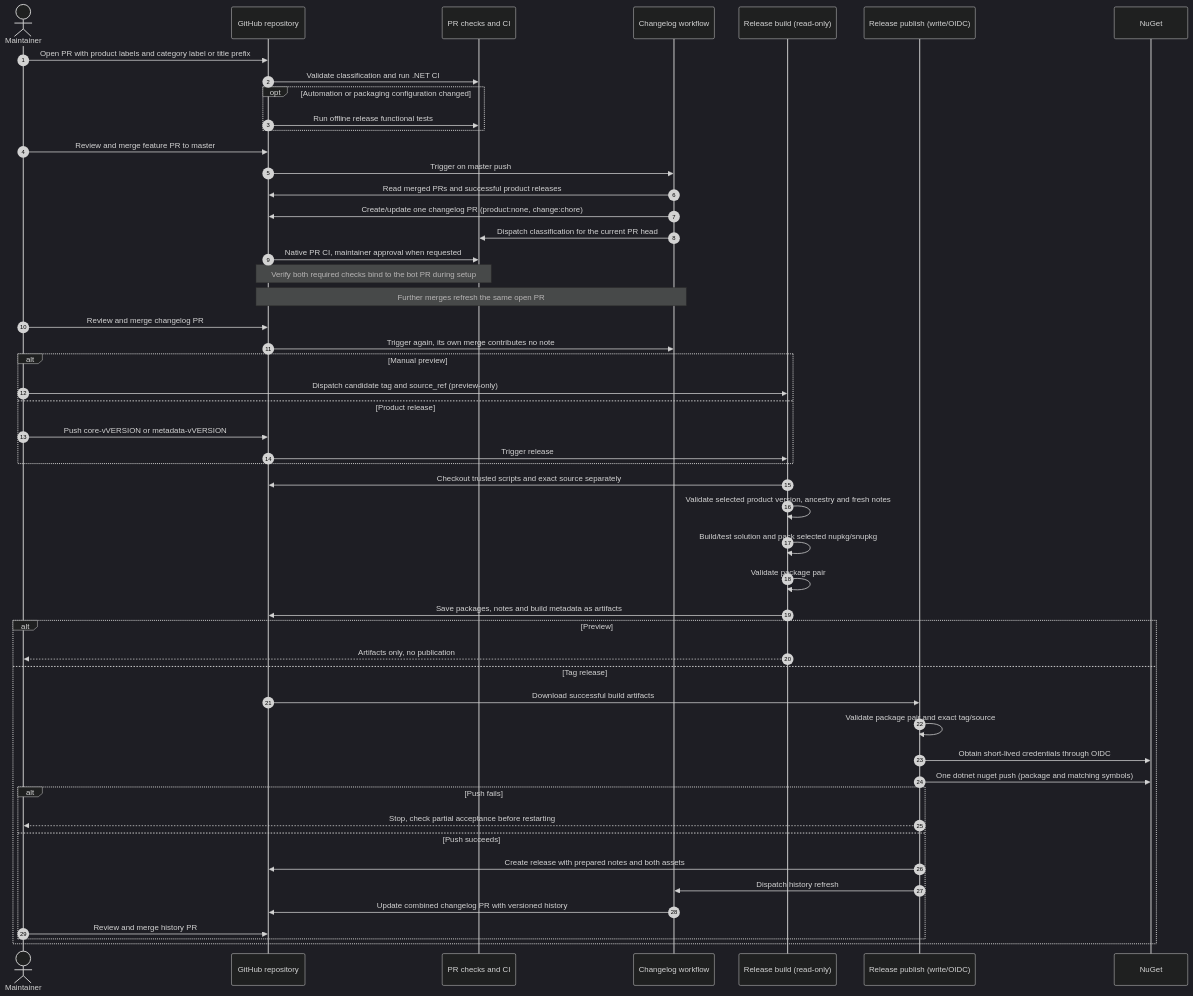
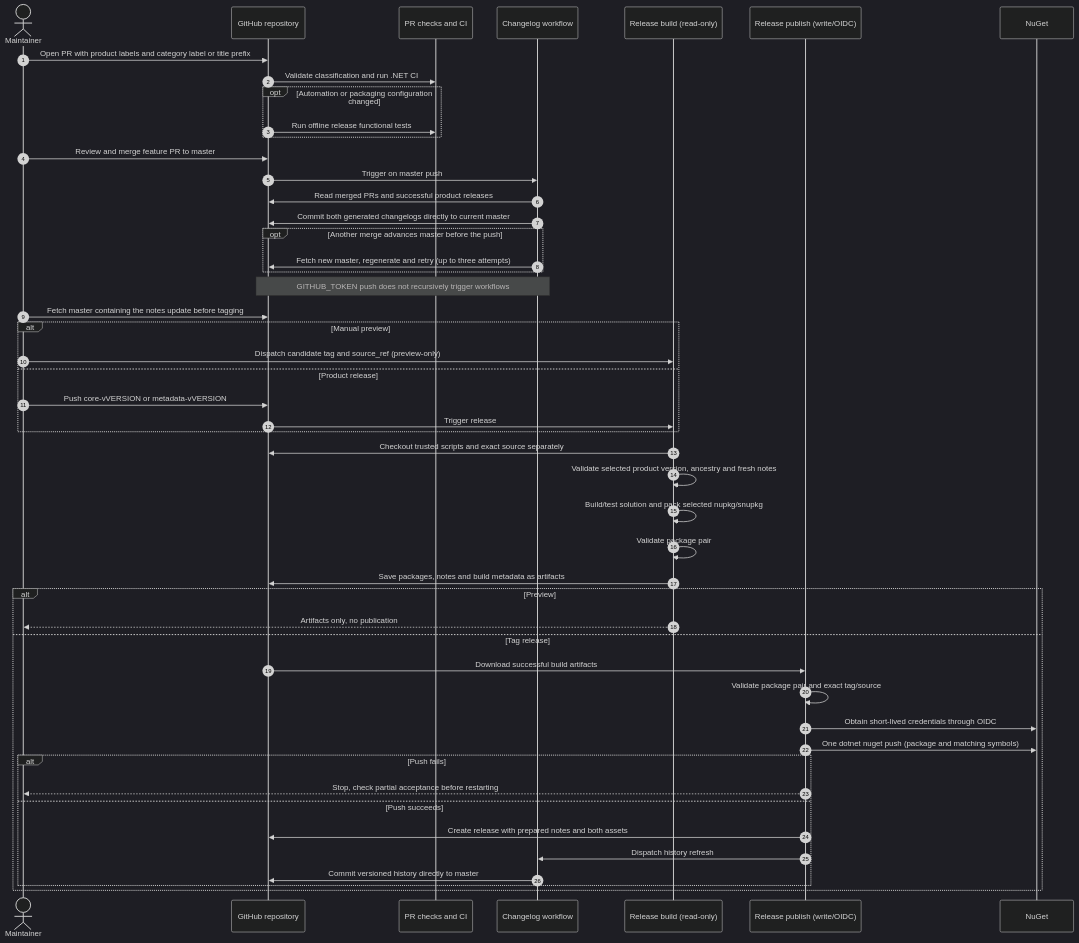
Before and after one commit to context-and-oss/XrmMockup: the diagram in docs/release-sequence.md, drawn with Mermaid (dark theme). The commit also changed other lines of this file and 9 other files, not shown here.

First line of the commit message:
Commit generated changelogs directly to master

````diff
--- a/docs/release-sequence.md
+++ b/docs/release-sequence.md
@@ -5,55 +5,53 @@
 ```mermaid
 sequenceDiagram
     autonumber
     actor Maintainer
     participant GitHub as GitHub repository
     participant Checks as PR checks and CI
     participant Notes as Changelog workflow
     participant Build as Release build (read-only)
     participant Publish as Release publish (write/OIDC)
     participant NuGet
 
     Maintainer->>GitHub: Open PR with product labels and category label or title prefix
     GitHub->>Checks: Validate classification and run .NET CI
     opt Automation or packaging configuration changed
         GitHub->>Checks: Run offline release functional tests
     end
     Maintainer->>GitHub: Review and merge feature PR to master
     GitHub->>Notes: Trigger on master push
     Notes->>GitHub: Read merged PRs and successful product releases
-    Notes->>GitHub: Create/update one changelog PR (product:none, change:chore)
-    Notes->>Checks: Dispatch classification for the current PR head
-    GitHub->>Checks: Native PR CI, maintainer approval when requested
-    Note over Checks,GitHub: Verify both required checks bind to the bot PR during setup
-    Note over Notes,GitHub: Further merges refresh the same open PR
-    Maintainer->>GitHub: Review and merge changelog PR
-    GitHub->>Notes: Trigger again, its own merge contributes no note
+    Notes->>GitHub: Commit both generated changelogs directly to current master
+    opt Another merge advances master before the push
+        Notes->>GitHub: Fetch new master, regenerate and retry (up to three attempts)
+    end
+    Note over Notes,GitHub: GITHUB_TOKEN push does not recursively trigger workflows
+    Maintainer->>GitHub: Fetch master containing the notes update before tagging
 
     alt Manual preview
         Maintainer->>Build: Dispatch candidate tag and source_ref (preview-only)
     else Product release
         Maintainer->>GitHub: Push core-vVERSION or metadata-vVERSION
         GitHub->>Build: Trigger release
     end
     Build->>GitHub: Checkout trusted scripts and exact source separately
     Build->>Build: Validate selected product version, ancestry and fresh notes
     Build->>Build: Build/test solution and pack selected nupkg/snupkg
     Build->>Build: Validate package pair
     Build->>GitHub: Save packages, notes and build metadata as artifacts
     alt Preview
         Build-->>Maintainer: Artifacts only, no publication
     else Tag release
         GitHub->>Publish: Download successful build artifacts
         Publish->>Publish: Validate package pair and exact tag/source
         Publish->>NuGet: Obtain short-lived credentials through OIDC
         Publish->>NuGet: One dotnet nuget push (package and matching symbols)
         alt Push fails
             Publish-->>Maintainer: Stop, check partial acceptance before restarting
         else Push succeeds
             Publish->>GitHub: Create release with prepared notes and both assets
             Publish->>Notes: Dispatch history refresh
-            Notes->>GitHub: Update combined changelog PR with versioned history
-            Maintainer->>GitHub: Review and merge history PR
+            Notes->>GitHub: Commit versioned history directly to master
         end
     end
 ```
````
